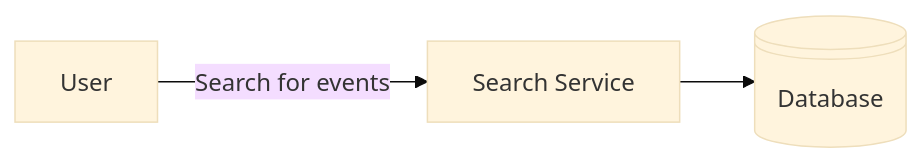
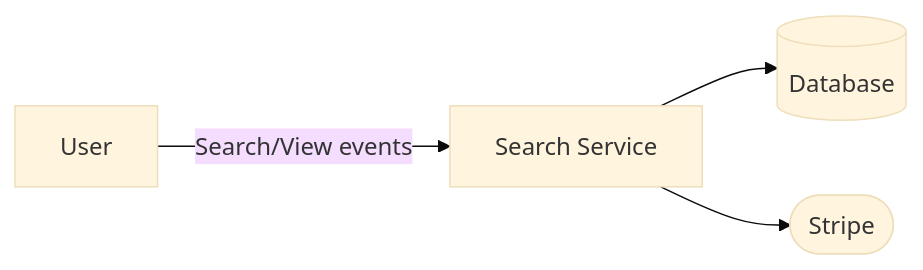
The diagram in src/system-design/ticketmaster/ticketmaster.mmd (canda/javascript-excercises), drawn with Mermaid (base theme) before and after one commit.

Commit message:
Mar 1, 2026, 12:26 PM

```diff
--- a/src/system-design/ticketmaster/ticketmaster.mmd
+++ b/src/system-design/ticketmaster/ticketmaster.mmd
@@ -1,20 +1,23 @@
 %% Functional requirements
 %%   - Search for events
 %%   - View event details
 %%   - Purchase tickets
 %%   - View purchased tickets
 
 %% Non-functional requirements
 %%   - Many users should be able to search and purchase tickets simultaneously without performance degradation.
 %%   - Millions of simultaneous users trying to purchase tickets for popular events should not cause the system to crash.
 %%   - Tens of thousands of events
 
 %% API
 %% /search?q={query} - GET -  Search for events
 %% /events/{event_id} - GET -  Get event details
 %% /payment-method - POST -  create a payment method (POST request with payment token from stripe)
 %% /purchase - POST -  Purchase tickets (POST request with event_id, quantity, and payment method id)
+%% /tickets - GET -  View purchased tickets (GET request with user authentication)
 
 flowchart LR
-  U[User] -->|Search for events| S[Search Service]
-  S --> D@{ shape: disk, label: "Database" }
+  U[User]
+  U -->|Search/View events| S[Search Service]
+  S --> D@{ shape: database, label: "Database" }
+  S --> St([Stripe])
```
